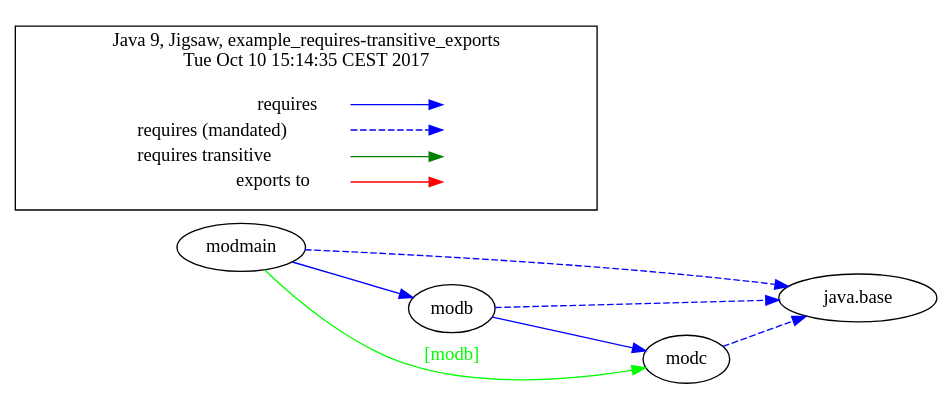
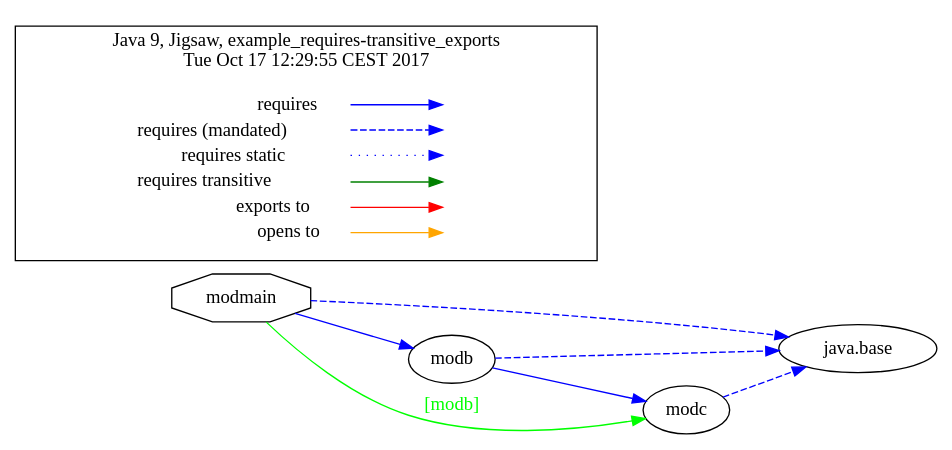
One commit to accso/java9-jigsaw-examples changed the diagram in jigsaw-examples/example_requires-transitive_exports/moduledependencies-withlegend.dot. Above: the diagram before and after it, drawn with Graphviz. The commit also changed 150 other files, not shown here.

Commit message:
Upgraded all Jigsaw examples to latest DepVis version 0.3

```diff
--- a/jigsaw-examples/example_requires-transitive_exports/moduledependencies-withlegend.dot
+++ b/jigsaw-examples/example_requires-transitive_exports/moduledependencies-withlegend.dot
@@ -1,36 +1,42 @@
-# Created by depvis.JigsawDepVisualizer on Tue Oct 10 15:14:34 CEST 2017
+# Created by depvis.JigsawDepVisualizer on Tue Oct 17 12:29:55 CEST 2017
 digraph Java9_Dependency_Visualizer {
-modmain[fontname="Consolas",shape="ellipse",label="modmain"];
+modmain[fontname="Consolas",shape="octagon",label="modmain"];
 modb[fontname="Consolas",shape="ellipse",label="modb"];
 java_base[fontname="Consolas",shape="ellipse",label="java.base"];
 modc[fontname="Consolas",shape="ellipse",label="modc"];
 modmain -> modb[color="#0000ff",fontname="Consolas",fontcolor="#0000ff",weight="8"]
 modmain -> java_base[color="#0000ff",fontname="Consolas",fontcolor="#0000ff",style="dashed",weight="16"]
 modmain -> modc[color="#00ff00",fontname="Consolas",fontcolor="#00ff00",weight="4",label="[modb]"]
 modc -> java_base[color="#0000ff",fontname="Consolas",fontcolor="#0000ff",style="dashed",weight="16"]
 modb -> modc[color="#0000ff",fontname="Consolas",fontcolor="#0000ff",weight="8"]
 modb -> java_base[color="#0000ff",fontname="Consolas",fontcolor="#0000ff",style="dashed",weight="16"]
 rankdir=LR
 node [shape=plaintext]
 subgraph cluster_01 { 
   label = "Java 9, Jigsaw, example_requires-transitive_exports
-Tue Oct 10 15:14:35 CEST 2017"
+Tue Oct 17 12:29:55 CEST 2017"
   fontname="Consolas"
   key [label=<<table border="0" cellpadding="2" cellspacing="0" cellborder="0">
     <tr><td align="right" port="i1">requires</td></tr>
     <tr><td align="right" port="i2">requires (mandated)</td></tr>
-    <tr><td align="right" port="i3">requires transitive</td></tr>
-    <tr><td align="right" port="i4">exports to</td></tr>
+    <tr><td align="right" port="i3">requires static</td></tr>
+    <tr><td align="right" port="i4">requires transitive</td></tr>
+    <tr><td align="right" port="i5">exports to</td></tr>
+    <tr><td align="right" port="i6">opens to</td></tr>
     </table>>,fontname="Consolas"]
   key2 [label=<<table border="0" cellpadding="2" cellspacing="0" cellborder="0">
     <tr><td port="i1">&nbsp;</td></tr>
     <tr><td port="i2">&nbsp;</td></tr>
     <tr><td port="i3">&nbsp;</td></tr>
     <tr><td port="i4">&nbsp;</td></tr>
+    <tr><td port="i5">&nbsp;</td></tr>
+    <tr><td port="i6">&nbsp;</td></tr>
     </table>>,fontname="Consolas"]
   key:i1:e -> key2:i1:w [color=BLUE]
   key:i2:e -> key2:i2:w [color=BLUE, style=dashed]
-  key:i3:e -> key2:i3:w [color=GREEN]
-  key:i4:e -> key2:i4:w [color=RED]
+  key:i3:e -> key2:i3:w [color=BLUE, style=dotted]
+  key:i4:e -> key2:i4:w [color=GREEN]
+  key:i5:e -> key2:i5:w [color=RED]
+  key:i6:e -> key2:i6:w [color=ORANGE]
 }
 }
```
